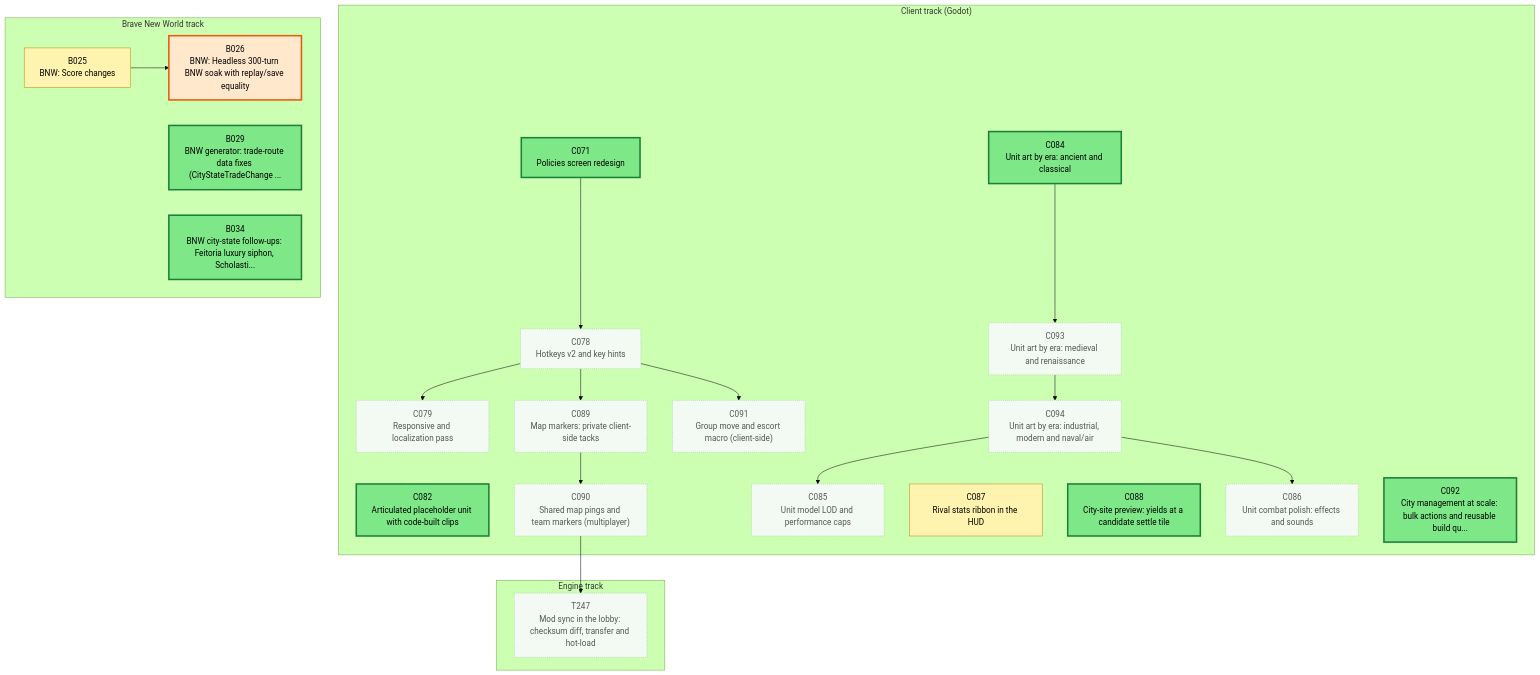
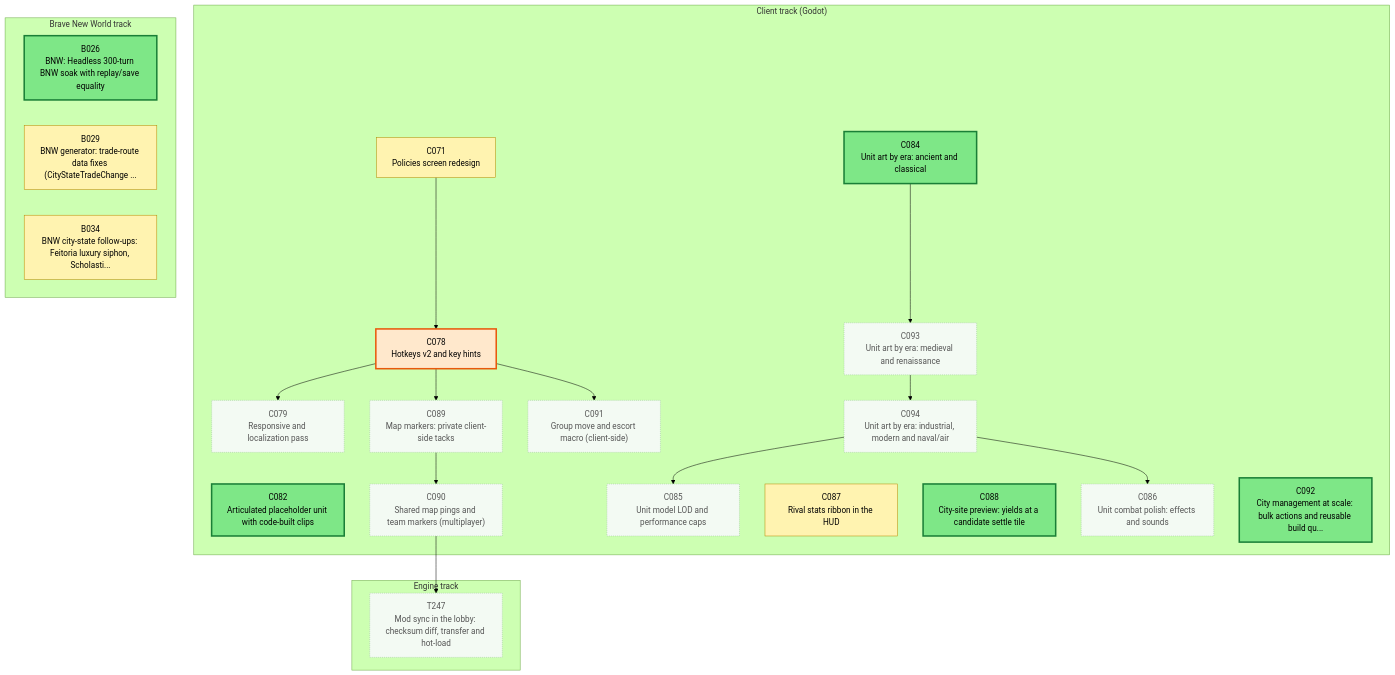
The first of 3 diagrams in csharp/migration/DEPENDENCY_MAP.md (Kenmura/Unciv), drawn with Mermaid (forest theme) before and after one commit. The commit also changed other lines of this file and 1 other file, not shown here.

````diff
--- a/csharp/migration/DEPENDENCY_MAP.md
+++ b/csharp/migration/DEPENDENCY_MAP.md
@@ -25,67 +25,64 @@
 ```mermaid
 flowchart TD
   subgraph TTRACK["Engine track"]
     T247["T247<br/>Mod sync in the lobby: checksum diff, transfer and hot-load"]
   end
   subgraph CTRACK["Client track (Godot)"]
     C071["C071<br/>Policies screen redesign"]
     C078["C078<br/>Hotkeys v2 and key hints"]
     C079["C079<br/>Responsive and localization pass"]
     C082["C082<br/>Articulated placeholder unit with code-built clips"]
     C084["C084<br/>Unit art by era: ancient and classical"]
     C085["C085<br/>Unit model LOD and performance caps"]
     C086["C086<br/>Unit combat polish: effects and sounds"]
     C087["C087<br/>Rival stats ribbon in the HUD"]
     C088["C088<br/>City-site preview: yields at a candidate settle tile"]
     C089["C089<br/>Map markers: private client-side tacks"]
     C090["C090<br/>Shared map pings and team markers (multiplayer)"]
     C091["C091<br/>Group move and escort macro (client-side)"]
     C092["C092<br/>City management at scale: bulk actions and reusable build qu..."]
     C093["C093<br/>Unit art by era: medieval and renaissance"]
     C094["C094<br/>Unit art by era: industrial, modern and naval/air"]
   end
   subgraph BTRACK["Brave New World track"]
-    B025["B025<br/>BNW: Score changes"]
     B026["B026<br/>BNW: Headless 300-turn BNW soak with replay/save equality"]
     B029["B029<br/>BNW generator: trade-route data fixes (CityStateTradeChange ..."]
     B034["B034<br/>BNW city-state follow-ups: Feitoria luxury siphon, Scholasti..."]
   end
   C090 --> T247
   C071 --> C078
   C078 --> C079
   C094 --> C085
   C094 --> C086
   C078 --> C089
   C089 --> C090
   C078 --> C091
   C084 --> C093
   C093 --> C094
-  B025 --> B026
   classDef waiting fill:#f3faf3,stroke:#9bc49b,color:#555,stroke-dasharray:2 2
   classDef ondeck fill:#ffe8cc,stroke:#e8590c,stroke-width:3px,color:#000
   classDef ready fill:#7ee787,stroke:#1a7f37,stroke-width:3px,color:#000
   classDef prog fill:#fff3b0,stroke:#b58900,color:#000
   classDef review fill:#cfe4ff,stroke:#1f6feb,color:#000
   classDef blocked fill:#ffd6d6,stroke:#c62828,color:#000
   classDef done fill:#eeeeee,stroke:#999999,color:#666,stroke-dasharray:4 3
-  class B025 prog
-  class B026 ondeck
-  class B029 ready
-  class B034 ready
-  class C071 ready
-  class C078 waiting
+  class B026 ready
+  class B029 prog
+  class B034 prog
+  class C071 prog
+  class C078 ondeck
   class C079 waiting
   class C082 ready
   class C084 ready
   class C085 waiting
   class C086 waiting
   class C087 prog
   class C088 ready
   class C089 waiting
   class C090 waiting
   class C091 waiting
   class C092 ready
   class C093 waiting
   class C094 waiting
   class T247 waiting
 ```
````
